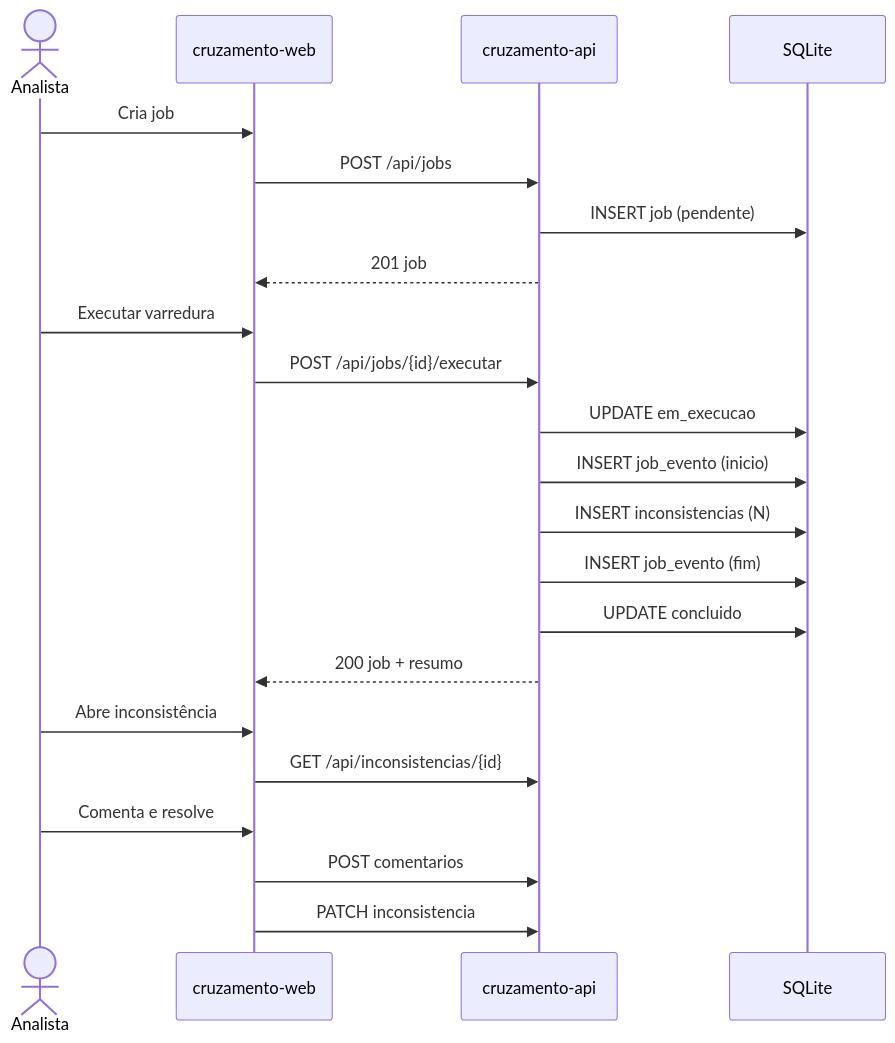
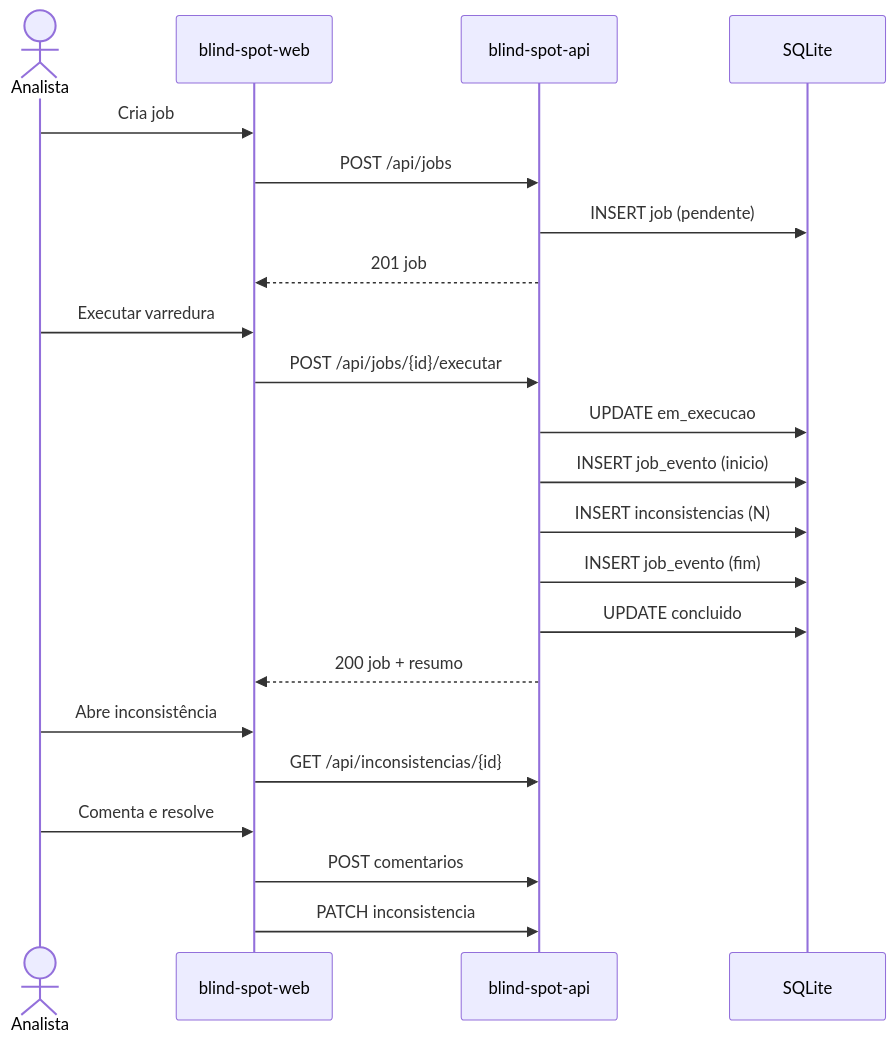
One commit to Rafael-Farsura/blind-spot changed the diagram in docs/04-system-design.md. Above: the diagram before and after it, drawn with Mermaid. The commit also changed other lines of this file and 14 other files, not shown here.

First line of the commit message:
docs: renomeia produto para Blind Spot

````diff
--- a/docs/04-system-design.md
+++ b/docs/04-system-design.md
@@ -15,27 +15,27 @@
 ```mermaid
 sequenceDiagram
     actor Ana as Analista
-    participant Web as cruzamento-web
-    participant Api as cruzamento-api
+    participant Web as blind-spot-web
+    participant Api as blind-spot-api
     participant Db as SQLite
 
     Ana->>Web: Cria job
     Web->>Api: POST /api/jobs
     Api->>Db: INSERT job (pendente)
     Api-->>Web: 201 job
 
     Ana->>Web: Executar varredura
     Web->>Api: POST /api/jobs/{id}/executar
     Api->>Db: UPDATE em_execucao
     Api->>Db: INSERT job_evento (inicio)
     Api->>Db: INSERT inconsistencias (N)
     Api->>Db: INSERT job_evento (fim)
     Api->>Db: UPDATE concluido
     Api-->>Web: 200 job + resumo
 
     Ana->>Web: Abre inconsistência
     Web->>Api: GET /api/inconsistencias/{id}
     Ana->>Web: Comenta e resolve
     Web->>Api: POST comentarios
     Web->>Api: PATCH inconsistencia
 ```
````
